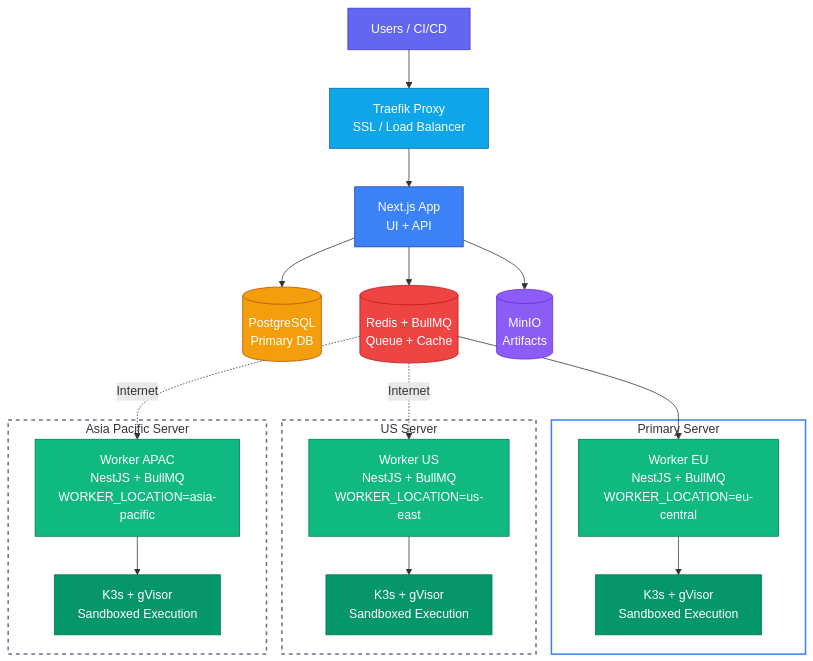
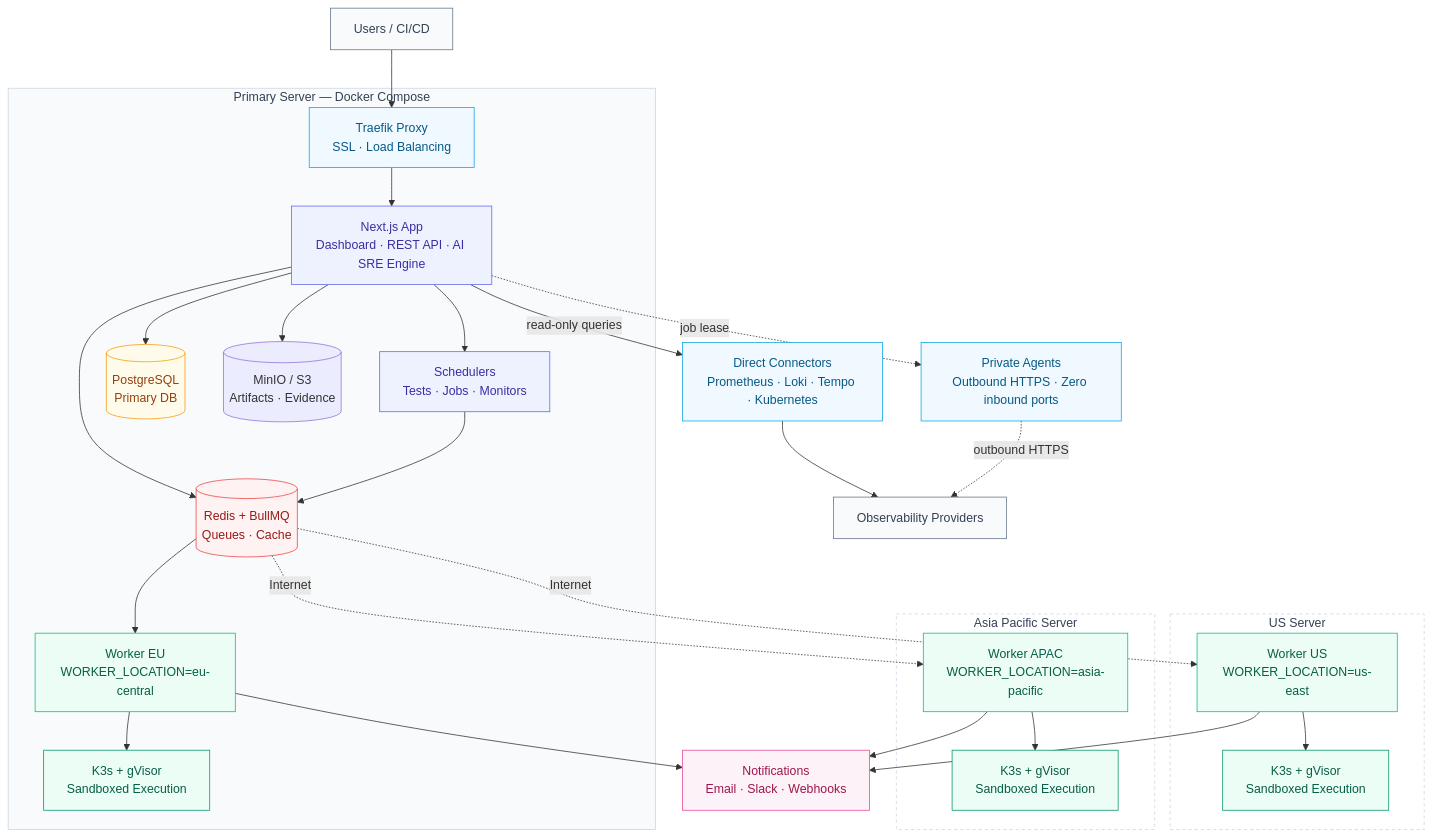
The first of 2 diagrams in docs/content/docs/app/deployment/multi-location.mdx (supercheck-io/supercheck), drawn with Mermaid before and after one commit. The commit also changed other lines of this file and 15 other files, not shown here.

First line of the commit message:
docs: unify diagram styling and add AI SRE to architecture (#309)

````diff
--- a/docs/content/docs/app/deployment/multi-location.mdx
+++ b/docs/content/docs/app/deployment/multi-location.mdx
@@ -15,38 +15,66 @@
 ```mermaid
 flowchart TB
-    Users[Users / CI/CD] --> T[Traefik Proxy<br/>SSL / Load Balancer]
-    T --> App[Next.js App<br/>UI + API]
-    App --> DB[(PostgreSQL<br/>Primary DB)] & Redis[(Redis + BullMQ<br/>Queue + Cache)] & S3[(MinIO<br/>Artifacts)]
+    Users["Users / CI/CD"]
 
-    Redis --> W_EU
-    Redis -.->|Internet| W_US
-    Redis -.->|Internet| W_APAC
+    subgraph PRIMARY["Primary Server — Docker Compose"]
+        T["Traefik Proxy<br/>SSL · Load Balancing"]
+        App["Next.js App<br/>Dashboard · REST API · AI SRE Engine"]
+        Scheduler["Schedulers<br/>Tests · Jobs · Monitors"]
+        DB[("PostgreSQL<br/>Primary DB")]
+        Redis[("Redis + BullMQ<br/>Queues · Cache")]
+        S3[("MinIO / S3<br/>Artifacts · Evidence")]
+        W_EU["Worker EU<br/>WORKER_LOCATION=eu-central"]
+        K3S_EU["K3s + gVisor<br/>Sandboxed Execution"]
 
-    subgraph PRIMARY["Primary Server"]
-        W_EU[Worker EU<br/>NestJS + BullMQ<br/>WORKER_LOCATION=eu-central] --> K3S_EU[K3s + gVisor<br/>Sandboxed Execution]
+        T --> App
+        App --> Scheduler
+        App --> DB
+        App --> Redis
+        App --> S3
+        Scheduler --> Redis
+        Redis --> W_EU
+        W_EU --> K3S_EU
     end
 
     subgraph US["US Server"]
-        W_US[Worker US<br/>NestJS + BullMQ<br/>WORKER_LOCATION=us-east] --> K3S_US[K3s + gVisor<br/>Sandboxed Execution]
+        W_US["Worker US<br/>WORKER_LOCATION=us-east"] --> K3S_US["K3s + gVisor<br/>Sandboxed Execution"]
     end
 
     subgraph APAC["Asia Pacific Server"]
-        W_APAC[Worker APAC<br/>NestJS + BullMQ<br/>WORKER_LOCATION=asia-pacific] --> K3S_APAC[K3s + gVisor<br/>Sandboxed Execution]
+        W_APAC["Worker APAC<br/>WORKER_LOCATION=asia-pacific"] --> K3S_APAC["K3s + gVisor<br/>Sandboxed Execution"]
     end
 
-    style Users fill:#6366f1,stroke:#4338ca,color:#fff
-    style T fill:#0ea5e9,stroke:#0369a1,color:#fff
-    style App fill:#3b82f6,stroke:#1e40af,color:#fff
-    style DB fill:#f59e0b,stroke:#b45309,color:#fff
-    style Redis fill:#ef4444,stroke:#b91c1c,color:#fff
-    style S3 fill:#8b5cf6,stroke:#6d28d9,color:#fff
-    style W_EU fill:#10b981,stroke:#047857,color:#fff
-    style W_US fill:#10b981,stroke:#047857,color:#fff
-    style W_APAC fill:#10b981,stroke:#047857,color:#fff
-    style K3S_EU fill:#059669,stroke:#047857,color:#fff
-    style K3S_US fill:#059669,stroke:#047857,color:#fff
-    style K3S_APAC fill:#059669,stroke:#047857,color:#fff
-    style PRIMARY fill:none,stroke:#3b82f6,stroke-width:2px
-    style US fill:none,stroke:#64748b,stroke-width:2px,stroke-dasharray: 5 5
-    style APAC fill:none,stroke:#64748b,stroke-width:2px,stroke-dasharray: 5 5
+    Users --> T
+    Redis -.->|"Internet"| W_US
+    Redis -.->|"Internet"| W_APAC
+    App -->|"read-only queries"| Direct["Direct Connectors<br/>Prometheus · Loki · Tempo · Kubernetes"]
+    App -.->|"job lease"| Private["Private Agents<br/>Outbound HTTPS · Zero inbound ports"]
+    Direct --> Providers["Observability Providers"]
+    Private -.->|"outbound HTTPS"| Providers
+    W_EU --> Notify["Notifications<br/>Email · Slack · Webhooks"]
+    W_US --> Notify
+    W_APAC --> Notify
+
+    classDef proxy fill:#f0f9ff,stroke:#0ea5e9,color:#075985
+    classDef app fill:#eef2ff,stroke:#6366f1,color:#3730a3
+    classDef data fill:#fffbeb,stroke:#f59e0b,color:#92400e
+    classDef queue fill:#fef2f2,stroke:#ef4444,color:#991b1b
+    classDef worker fill:#ecfdf5,stroke:#10b981,color:#065f46
+    classDef sandbox fill:#ecfdf5,stroke:#059669,color:#065f46
+    classDef connector fill:#f0f9ff,stroke:#0ea5e9,color:#075985
+    classDef external fill:#f8fafc,stroke:#64748b,color:#334155
+    classDef notify fill:#fdf2f8,stroke:#ec4899,color:#9d174d
+
+    class Users,Providers external
+    class T proxy
+    class App,Scheduler app
+    class DB data
+    class Redis queue
+    class W_EU,W_US,W_APAC worker
+    class K3S_EU,K3S_US,K3S_APAC sandbox
+    class Direct,Private connector
+    class Notify notify
+    style PRIMARY fill:#f8fafc,stroke:#cbd5e1,color:#334155
+    style US fill:#ffffff,stroke:#cbd5e1,stroke-dasharray: 4 4,color:#334155
+    style APAC fill:#ffffff,stroke:#cbd5e1,stroke-dasharray: 4 4,color:#334155
 ```
````
